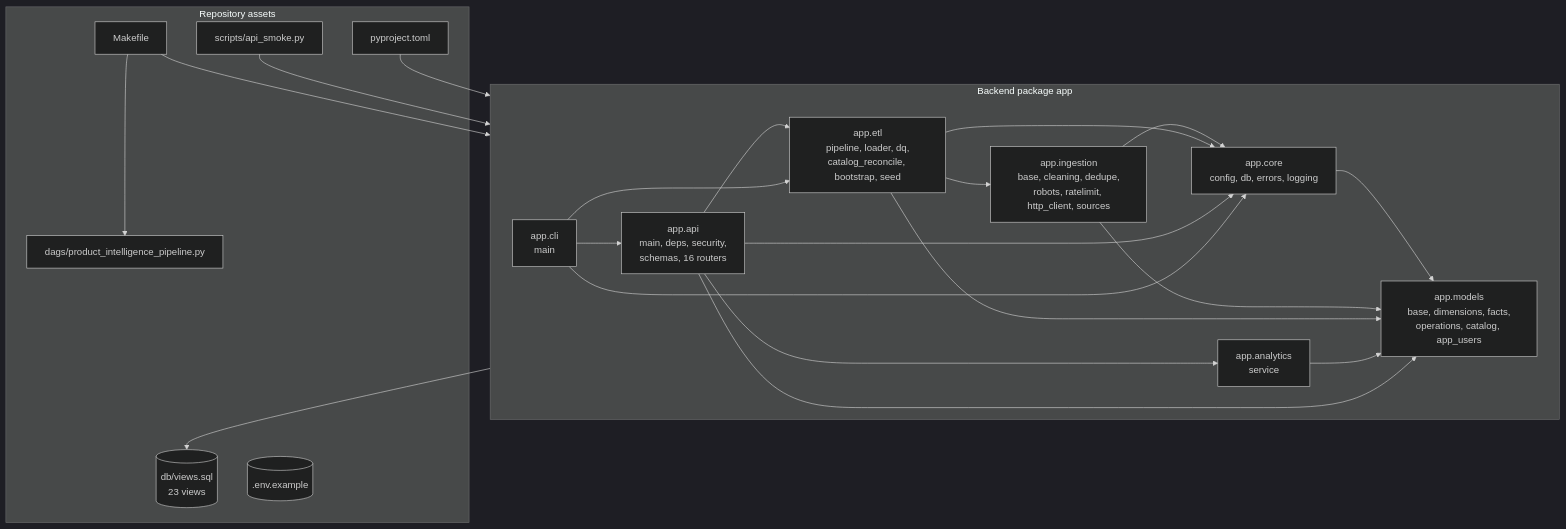
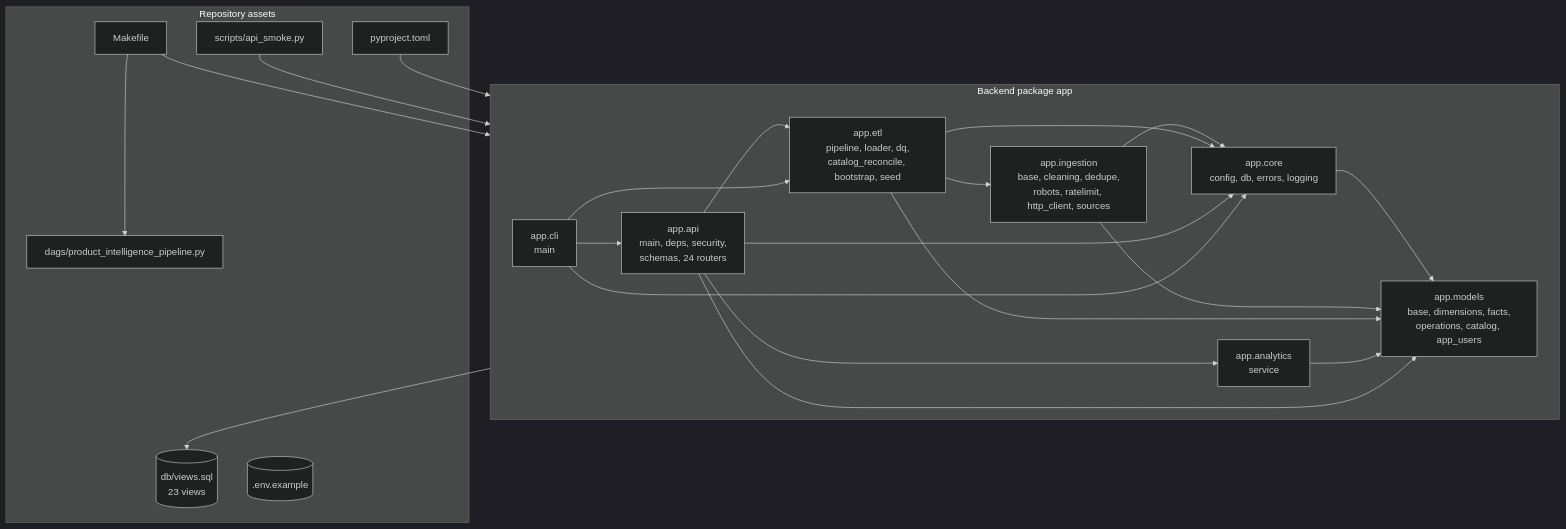
Before and after one commit to Ahmedbakr78/Web-to-Warehouse-Product-Intelligence-Pipeline: the second of 3 diagrams in docs/13_deployment.md, drawn with Mermaid (dark theme). The commit also changed other lines of this file and 176 other files, not shown here.

First line of the commit message:
Expand the documentation and correct every stale figure in it

````diff
--- a/docs/13_deployment.md
+++ b/docs/13_deployment.md
@@ -165,42 +165,42 @@
 ```mermaid
 flowchart TB
     subgraph BACK["Backend package app"]
         direction LR
         CORE["app.core<br/>config, db, errors, logging"]
         ING["app.ingestion<br/>base, cleaning, dedupe,<br/>robots, ratelimit, http_client, sources"]
         ETL["app.etl<br/>pipeline, loader, dq,<br/>catalog_reconcile, bootstrap, seed"]
         ANA["app.analytics<br/>service"]
-        API["app.api<br/>main, deps, security,<br/>schemas, 16 routers"]
+        API["app.api<br/>main, deps, security,<br/>schemas, 24 routers"]
         MODELS["app.models<br/>base, dimensions, facts,<br/>operations, catalog, app_users"]
         CLIM["app.cli<br/>main"]
     end
 
     subgraph ASSETS["Repository assets"]
         SQL[("db/views.sql<br/>23 views")]
         DAG["dags/product_intelligence_pipeline.py"]
         MK["Makefile"]
         ENV[(".env.example")]
         SMOKE["scripts/api_smoke.py"]
         CFG["pyproject.toml"]
     end
 
     CORE --> MODELS
     ING --> CORE
     ING --> MODELS
     ETL --> CORE
     ETL --> ING
     ETL --> MODELS
     ANA --> MODELS
     API --> ANA
     API --> ETL
     API --> MODELS
     API --> CORE
     CLIM --> ETL
     CLIM --> API
     CLIM --> CORE
     ETL --> SQL
     MK --> CLIM
     MK --> DAG
     SMOKE --> API
     CFG --> CORE
 ```
````
